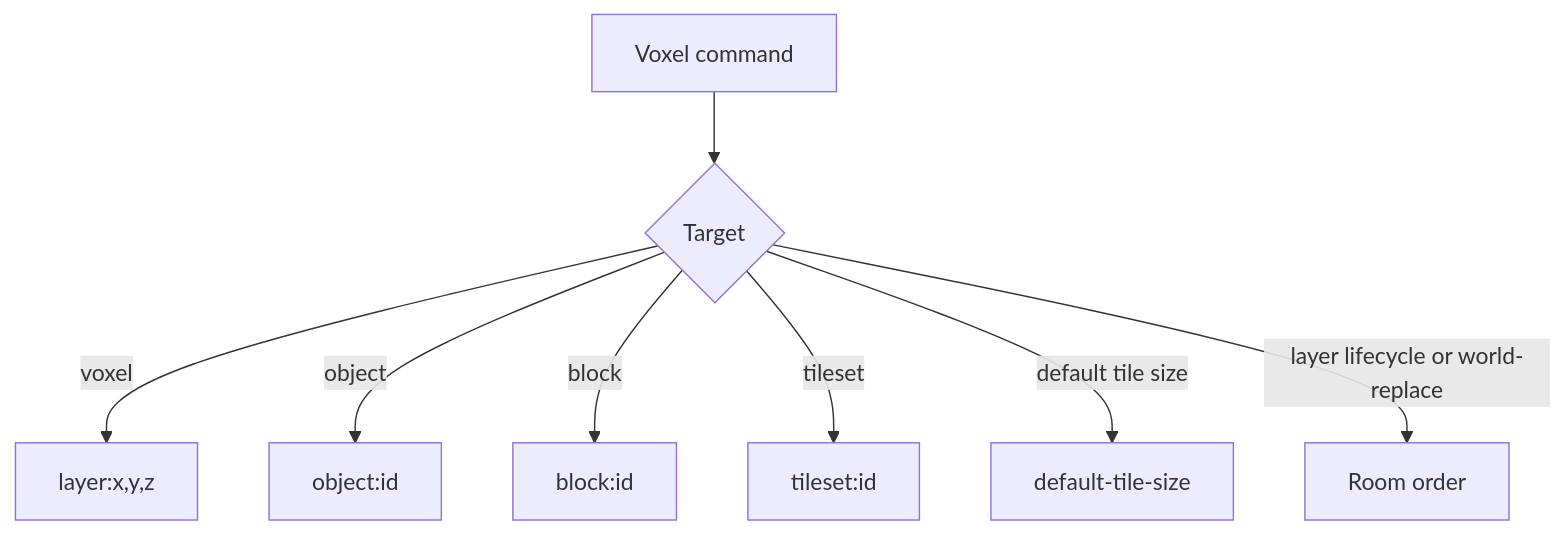
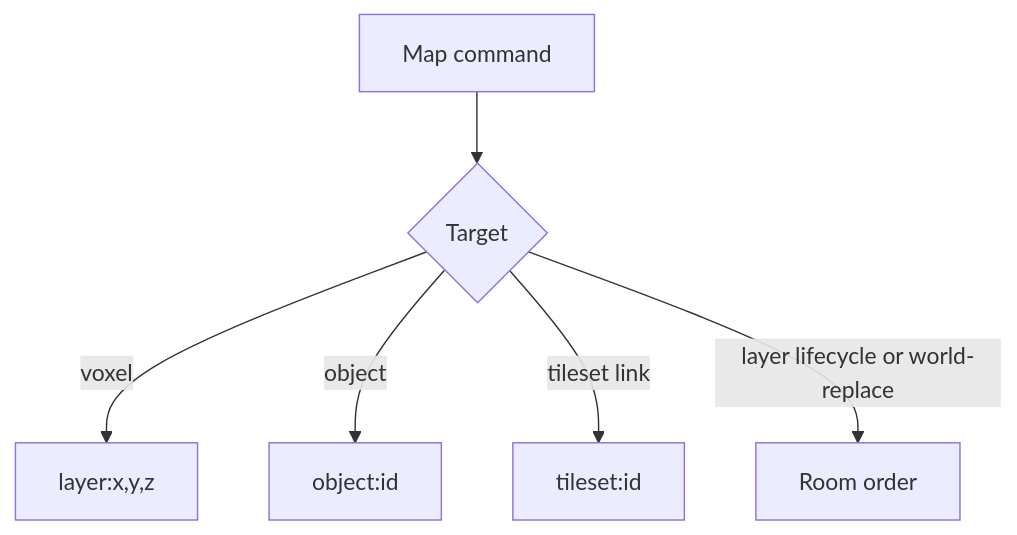
The third of 4 diagrams in packages/assets/voxel-map/ARCHITECTURE.md (JollyPixel/editor), drawn with Mermaid before and after one commit. The commit also changed other lines of this file and 147 other files, not shown here.

First line of the commit message:
Merge pull request #787 from JollyPixel/voxel-map-tileset

````diff
--- a/packages/assets/voxel-map/ARCHITECTURE.md
+++ b/packages/assets/voxel-map/ARCHITECTURE.md
@@ -20,10 +34,8 @@
 ```mermaid
 flowchart TB
-    Command["Voxel command"] --> Action{"Target"}
+    Command["Map command"] --> Action{"Target"}
     Action -->|"voxel"| Cell["layer:x,y,z"]
     Action -->|"object"| Object["object:id"]
-    Action -->|"block"| Block["block:id"]
-    Action -->|"tileset"| Tileset["tileset:id"]
-    Action -->|"default tile size"| Size["default-tile-size"]
+    Action -->|"tileset link"| Tileset["tileset:id"]
     Action -->|"layer lifecycle or world-replace"| Order["Room order"]
 ```
````
